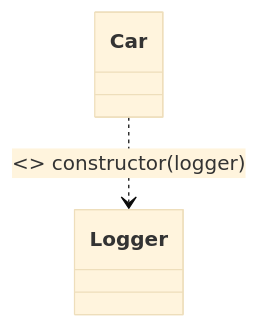
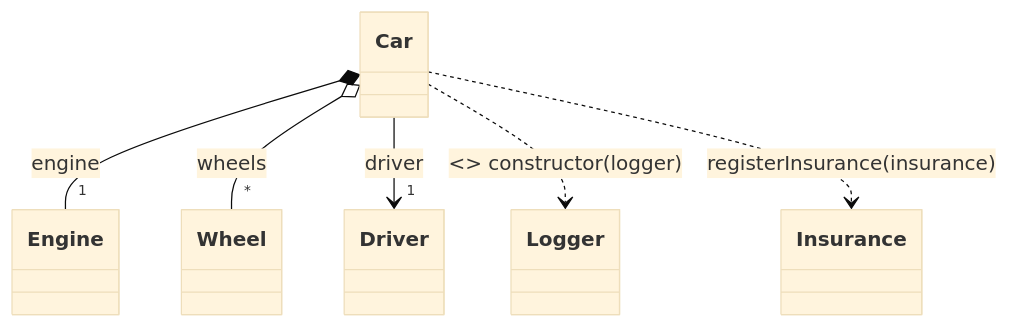
The diagram in docs/OO-DEPENDENCY-ANALYSIS.md (kuochunchang/code-review-goose), drawn with Mermaid (base theme) before and after one commit. The commit also changed other lines of this file, not shown here.

````diff
--- a/docs/OO-DEPENDENCY-ANALYSIS.md
+++ b/docs/OO-DEPENDENCY-ANALYSIS.md
@@ -364,4 +104,8 @@
 ```mermaid
 classDiagram
+  Car *-- "1" Engine : engine
+  Car o-- "*" Wheel : wheels
+  Car --> "1" Driver : driver
   Car ..> Logger : <<inject>> constructor(logger)
+  Car ..> Insurance : registerInsurance(insurance)
 ```
````
